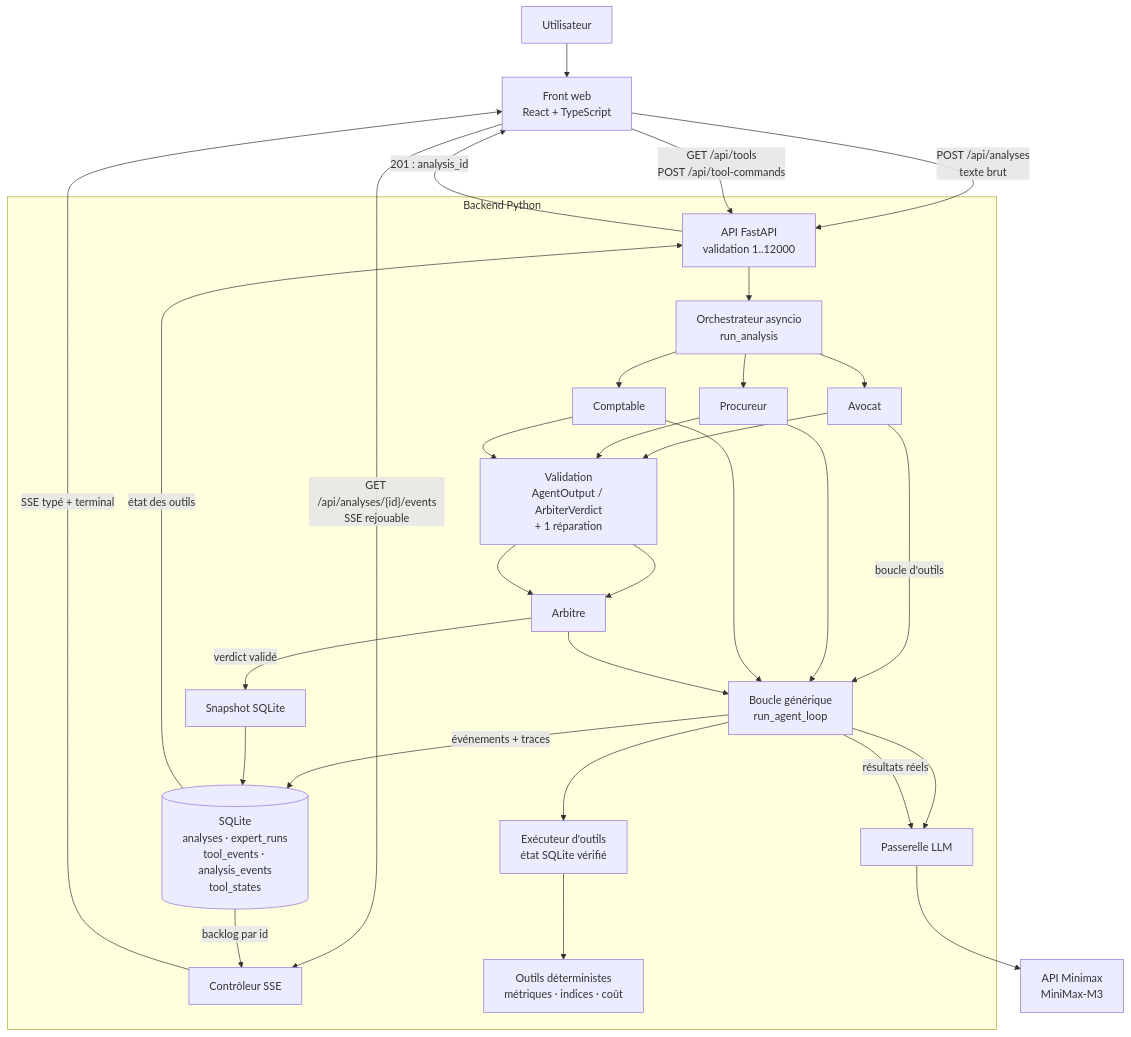
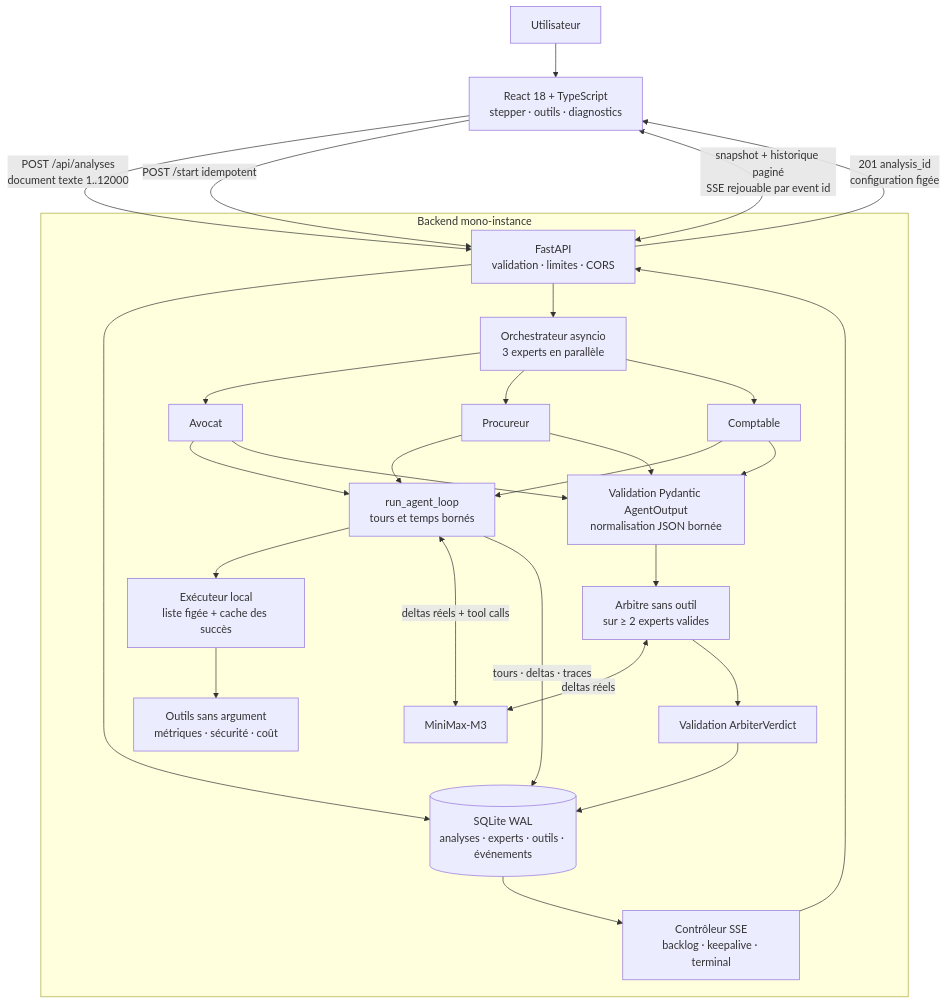
The diagram in architecture.mmd (Rwanbt/Holbertonschool-conclave), drawn with Mermaid before and after one commit. The commit also changed 4 other files, not shown here.

```diff
--- a/architecture.mmd
+++ b/architecture.mmd
@@ -1,34 +1,30 @@
 flowchart TD
-    U["Utilisateur"] --> F["Front web<br/>React + TypeScript"]
-    F -->|"POST /api/analyses<br/>texte brut"| API["API FastAPI<br/>validation 1..12000"]
-    API -->|"201 : analysis_id"| F
-    F -->|"GET /api/analyses/{id}/events<br/>SSE rejouable"| SSE["Contrôleur SSE"]
-    F -->|"GET /api/tools<br/>POST /api/tool-commands"| API
+    U["Utilisateur"] --> F["React 18 + TypeScript<br/>stepper · outils · diagnostics"]
+    F -->|"POST /api/analyses<br/>document texte 1..12000"| API["FastAPI<br/>validation · limites · CORS"]
+    API -->|"201 analysis_id<br/>configuration figée"| F
+    F -->|"POST /start idempotent"| API
+    F <-->|"snapshot + historique paginé<br/>SSE rejouable par event id"| API
 
-    subgraph B["Backend Python"]
-        API --> O["Orchestrateur asyncio<br/>run_analysis"]
+    subgraph BACK["Backend mono-instance"]
+        API --> DB[("SQLite WAL<br/>analyses · experts · outils · événements")]
+        API --> O["Orchestrateur asyncio<br/>3 experts en parallèle"]
         O --> A["Avocat"]
         O --> P["Procureur"]
         O --> C["Comptable"]
-        A -->|"boucle d'outils"| LOOP["Boucle générique<br/>run_agent_loop"]
+        A --> LOOP["run_agent_loop<br/>tours et temps bornés"]
         P --> LOOP
         C --> LOOP
-        LOOP --> EX["Exécuteur d'outils<br/>état SQLite vérifié"]
-        EX --> T["Outils déterministes<br/>métriques · indices · coût"]
-        LOOP --> G["Passerelle LLM"]
-        VAL["Validation<br/>AgentOutput / ArbiterVerdict<br/>+ 1 réparation"] --> R["Arbitre"]
-        A --> VAL
+        LOOP --> EXEC["Exécuteur local<br/>liste figée + cache des succès"]
+        EXEC --> TOOLS["Outils sans argument<br/>métriques · sécurité · coût"]
+        LOOP <-->|"deltas réels + tool calls"| MM["MiniMax-M3"]
+        A --> VAL["Validation Pydantic AgentOutput<br/>normalisation JSON bornée"]
         P --> VAL
         C --> VAL
-        VAL --> R
-        R --> LOOP
-        LOOP -->|"résultats réels"| G
-        R -->|"verdict validé"| SNAP["Snapshot SQLite"]
-        LOOP -->|"événements + traces"| DB[("SQLite<br/>analyses · expert_runs<br/>tool_events · analysis_events<br/>tool_states")]
-        SNAP --> DB
-        DB -->|"backlog par id"| SSE
-        DB -->|"état des outils"| API
+        VAL --> R["Arbitre sans outil<br/>sur ≥ 2 experts valides"]
+        R <-->|"deltas réels"| MM
+        R --> VERDICT["Validation ArbiterVerdict"]
+        VERDICT --> DB
+        LOOP -->|"tours · deltas · traces"| DB
+        DB --> SSE["Contrôleur SSE<br/>backlog · keepalive · terminal"]
+        SSE --> API
     end
-
-    G --> X["API Minimax<br/>MiniMax-M3"]
-    SSE -->|"SSE typé + terminal"| F
```
